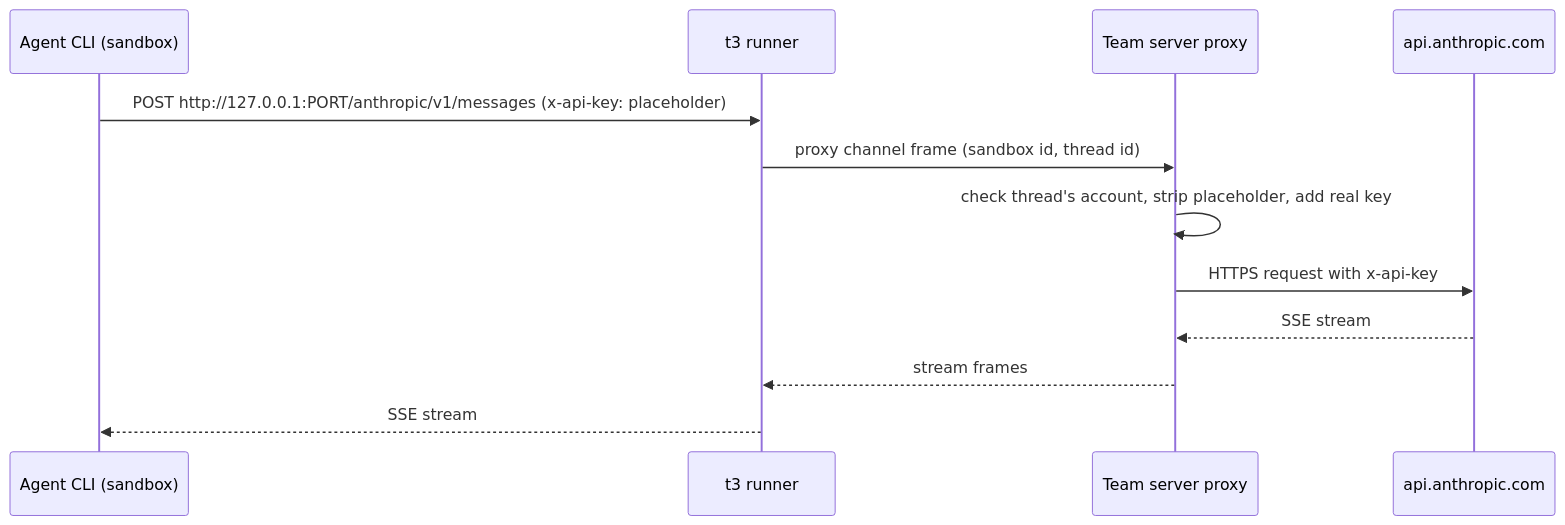
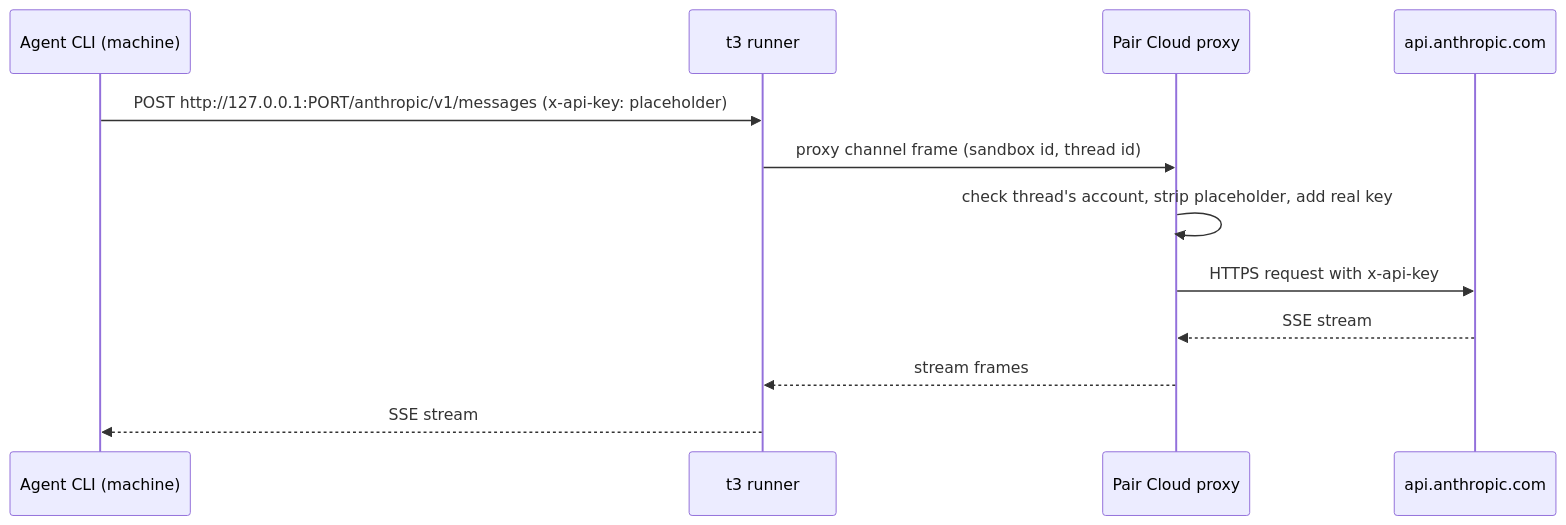
One commit to rutvikchandla3/pair changed the second of 3 diagrams in docs/product/cloud/06-credentials-and-security.md. Above: the diagram before and after it, drawn with Mermaid. The commit also changed other lines of this file and 13 other files, not shown here.

First line of the commit message:
docs: rewrite the Pair Cloud plan for local-first Pair Cloud

````diff
--- a/docs/product/cloud/06-credentials-and-security.md
+++ b/docs/product/cloud/06-credentials-and-security.md
@@ -235,14 +303,14 @@
 ```mermaid
 sequenceDiagram
-  participant CLI as Agent CLI (sandbox)
+  participant CLI as Agent CLI (machine)
   participant R as t3 runner
-  participant S as Team server proxy
+  participant S as Pair Cloud proxy
   participant P as api.anthropic.com
   CLI->>R: POST http://127.0.0.1:PORT/anthropic/v1/messages (x-api-key: placeholder)
   R->>S: proxy channel frame (sandbox id, thread id)
   S->>S: check thread's account, strip placeholder, add real key
   S->>P: HTTPS request with x-api-key
   P-->>S: SSE stream
   S-->>R: stream frames
   R-->>CLI: SSE stream
 ```
````
